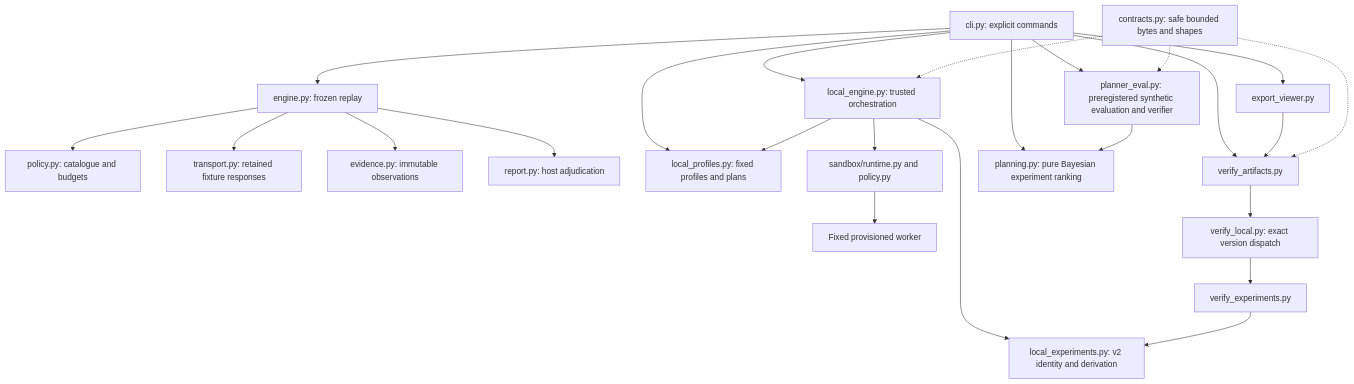
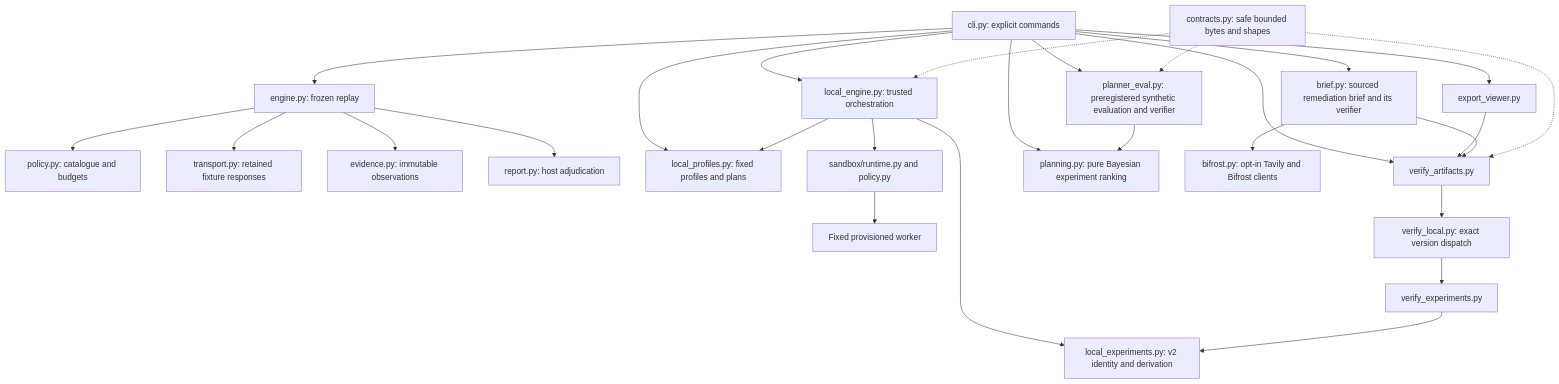
Before and after one commit to vishwateja2345/BitFrost-LabProof: the first of 4 diagrams in docs/ARCHITECTURE.md, drawn with Mermaid. The commit also changed other lines of this file and 21 other files, not shown here.

````diff
--- a/docs/ARCHITECTURE.md
+++ b/docs/ARCHITECTURE.md
@@ -13,26 +13,29 @@
 ```mermaid
 flowchart TD
     CLI[cli.py: explicit commands] --> Replay[engine.py: frozen replay]
     Replay --> Policy[policy.py: catalogue and budgets]
     Replay --> Transport[transport.py: retained fixture responses]
     Replay --> Evidence[evidence.py: immutable observations]
     Replay --> Report[report.py: host adjudication]
     CLI --> Profiles[local_profiles.py: fixed profiles and plans]
     CLI --> Local[local_engine.py: trusted orchestration]
     Local --> Profiles
     Local --> Runtime[sandbox/runtime.py and policy.py]
     Runtime --> Worker[Fixed provisioned worker]
     Local --> Domain[local_experiments.py: v2 identity and derivation]
     CLI --> Verify[verify_artifacts.py]
     Verify --> LocalVerify[verify_local.py: exact version dispatch]
     LocalVerify --> V2Verify[verify_experiments.py]
     V2Verify --> Domain
     CLI --> Export[export_viewer.py]
     Export --> Verify
     CLI --> Planning[planning.py: pure Bayesian experiment ranking]
     CLI --> PlannerEval[planner_eval.py: preregistered synthetic evaluation and verifier]
     PlannerEval --> Planning
+    CLI --> Brief[brief.py: sourced remediation brief and its verifier]
+    Brief --> Verify
+    Brief --> Bifrost[bifrost.py: opt-in Tavily and Bifrost clients]
     Contracts[contracts.py: safe bounded bytes and shapes] -.-> Verify
     Contracts -.-> Local
     Contracts -.-> PlannerEval
 ```
````
